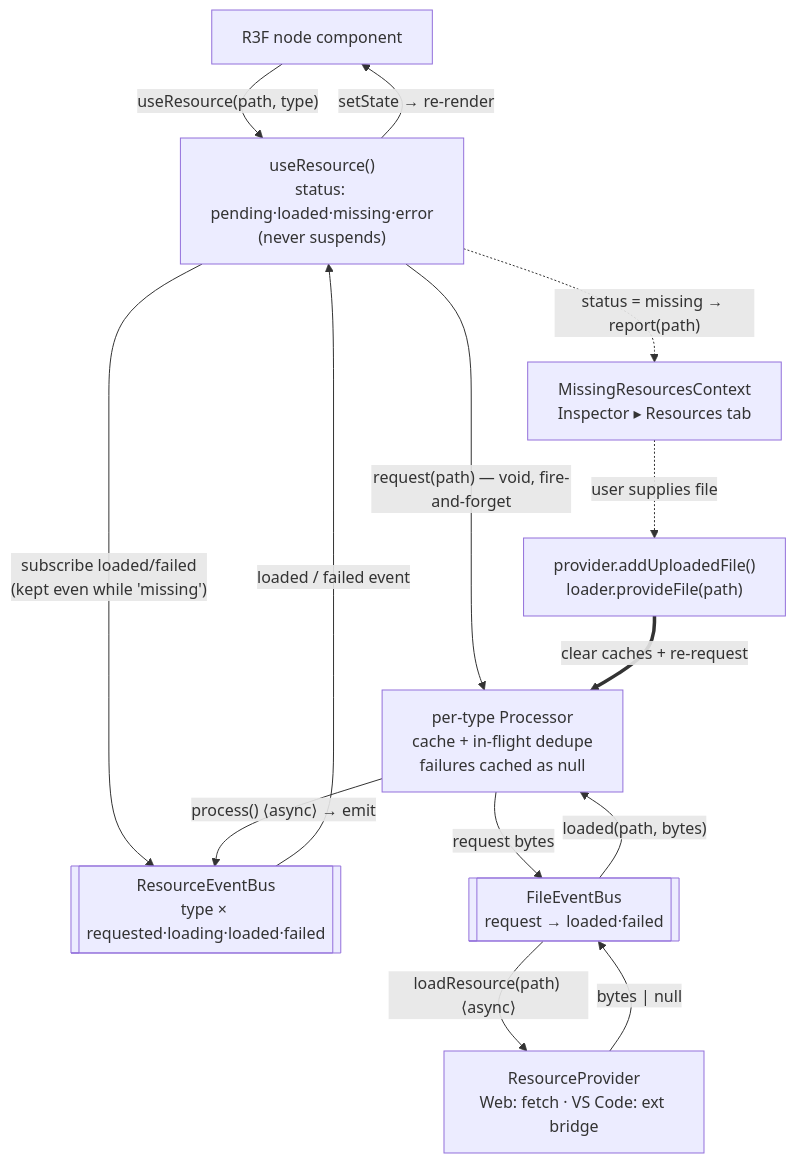
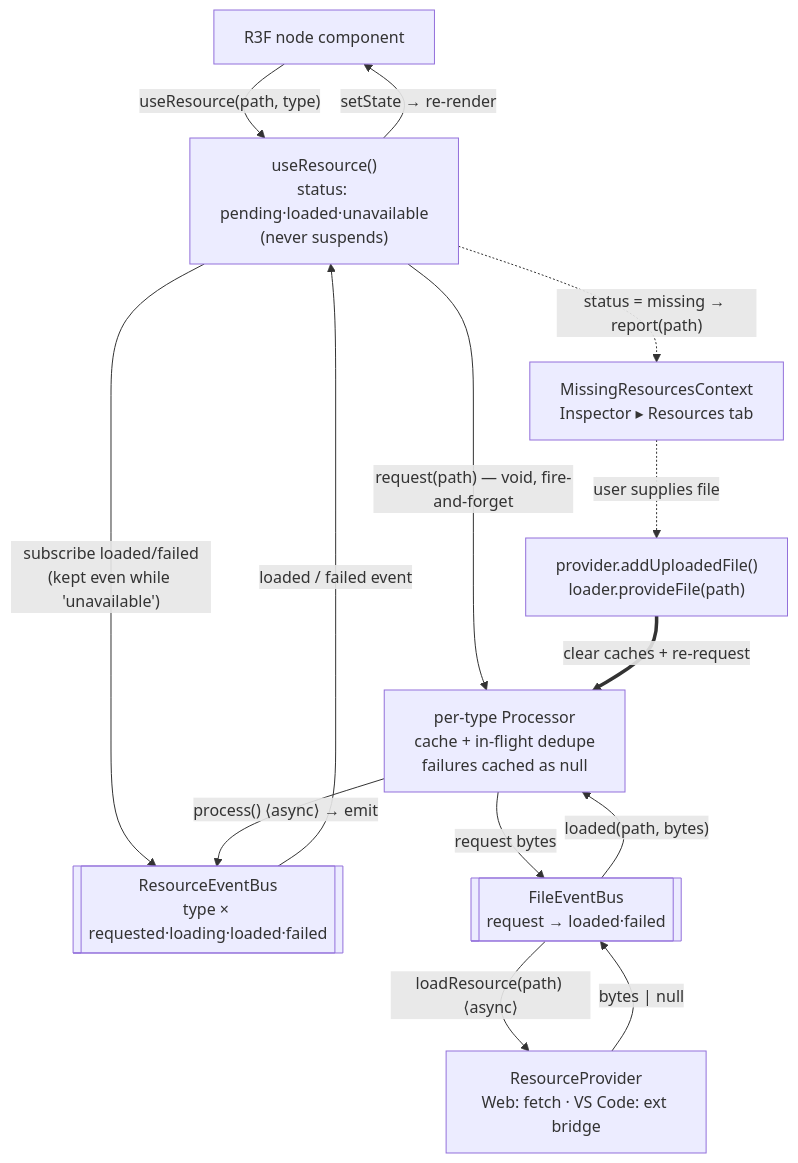
The third of 3 diagrams in ARCHITECTURE.md (Vortiago/textscene-inspector), drawn with Mermaid before and after one commit. The commit also changed other lines of this file and 51 other files, not shown here.

````diff
--- a/ARCHITECTURE.md
+++ b/ARCHITECTURE.md
@@ -427,17 +439,17 @@
 ```mermaid
 flowchart TD
-  COMP["R3F node component"] -->|"useResource(path, type)"| HOOK["useResource()<br/>status: pending·loaded·missing·error<br/>(never suspends)"]
+  COMP["R3F node component"] -->|"useResource(path, type)"| HOOK["useResource()<br/>status: pending·loaded·unavailable<br/>(never suspends)"]
   HOOK -->|"request(path) — void, fire-and-forget"| PROC["per-type Processor<br/>cache + in-flight dedupe<br/>failures cached as null"]
-  HOOK -->|"subscribe loaded/failed<br/>(kept even while 'missing')"| REB[["ResourceEventBus<br/>type × requested·loading·loaded·failed"]]
+  HOOK -->|"subscribe loaded/failed<br/>(kept even while 'unavailable')"| REB[["ResourceEventBus<br/>type × requested·loading·loaded·failed"]]
   PROC -->|"request bytes"| FEB[["FileEventBus<br/>request → loaded·failed"]]
   FEB -->|"loadResource(path) ⟨async⟩"| PROV["ResourceProvider<br/>Web: fetch · VS Code: ext bridge"]
   PROV -->|"bytes | null"| FEB
   FEB -->|"loaded(path, bytes)"| PROC
   PROC -->|"process() ⟨async⟩ → emit"| REB
   REB -->|"loaded / failed event"| HOOK
   HOOK -->|"setState → re-render"| COMP
 
   HOOK -. "status = missing → report(path)" .-> MRC["MissingResourcesContext<br/>Inspector ▸ Resources tab"]
   MRC -. "user supplies file" .-> UP["provider.addUploadedFile()<br/>loader.provideFile(path)"]
   UP == "clear caches + re-request" ==> PROC
 ```
````
